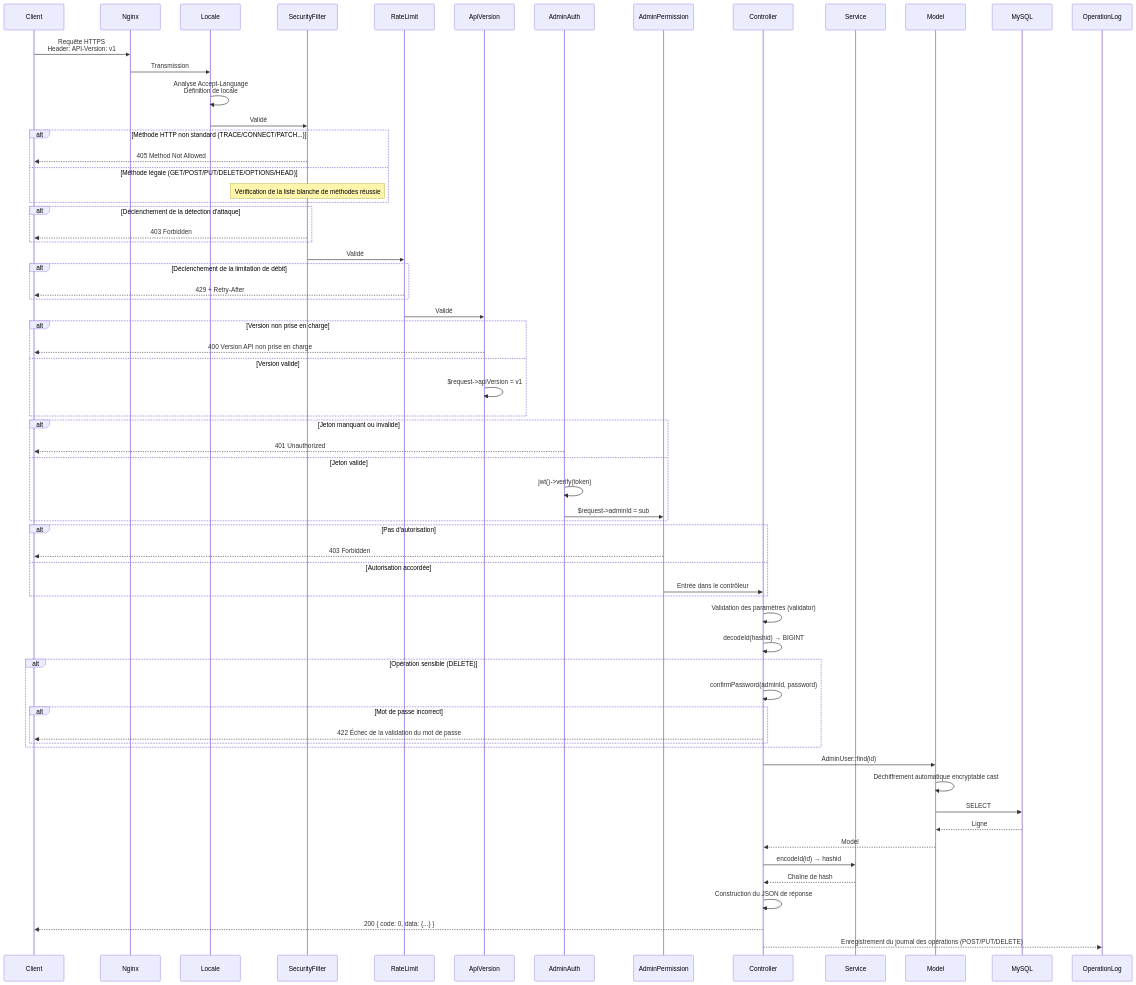
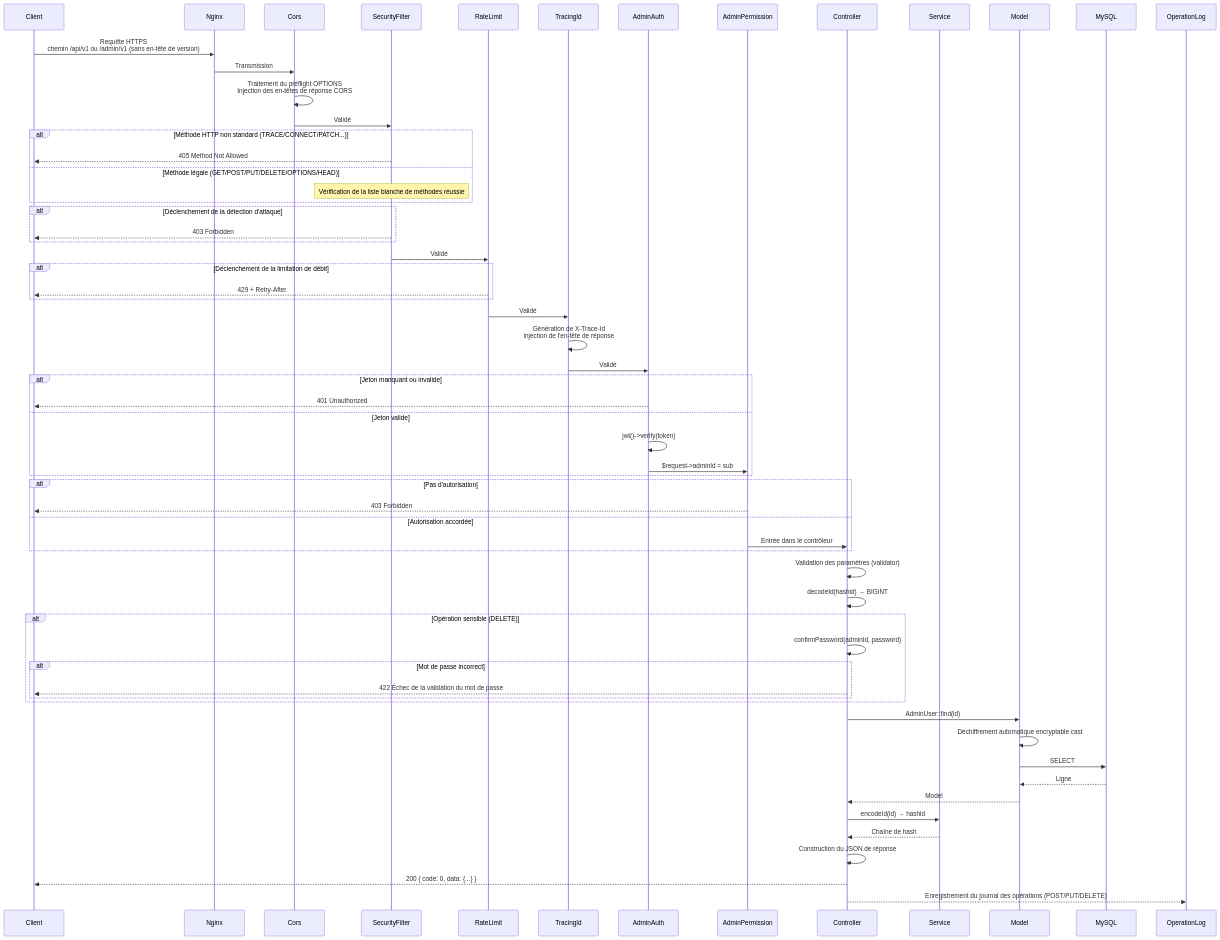
One commit to erikwang2013/erp-php changed the third of 20 diagrams in docs/i18n/fr/ARCHITECTURE.md. Above: the diagram before and after it, drawn with Mermaid. The commit also changed other lines of this file and 325 other files, not shown here.

````diff
--- a/docs/i18n/fr/ARCHITECTURE.md
+++ b/docs/i18n/fr/ARCHITECTURE.md
@@ -157,81 +174,77 @@
 ```mermaid
 sequenceDiagram
     participant C as Client
     participant N as Nginx
-    participant MW_LOC as Locale
+    participant MW_CR as Cors
     participant MW_SF as SecurityFilter
     participant MW_RL as RateLimit
-    participant MW0 as ApiVersion
+    participant MW_TID as TracingId
     participant MW1 as AdminAuth
     participant MW2 as AdminPermission
     participant CTL as Controller
     participant SVC as Service
     participant MDL as Model
     participant DB as MySQL
     participant OPLOG as OperationLog
 
-    C->>N: Requête HTTPS<br/>Header: API-Version: v1
-    N->>MW_LOC: Transmission
-    MW_LOC->>MW_LOC: Analyse Accept-Language<br/>Définition de locale
-    MW_LOC->>MW_SF: Validé
+    C->>N: Requête HTTPS<br/>chemin /api/v1 ou /admin/v1 (sans en-tête de version)
+    N->>MW_CR: Transmission
+    MW_CR->>MW_CR: Traitement du préflight OPTIONS<br/>Injection des en-têtes de réponse CORS
+    MW_CR->>MW_SF: Validé
 
     alt Méthode HTTP non standard (TRACE/CONNECT/PATCH...)
         MW_SF-->>C: 405 Method Not Allowed
     else Méthode légale (GET/POST/PUT/DELETE/OPTIONS/HEAD)
         Note over MW_SF: Vérification de la liste blanche de méthodes réussie
     end
 
     alt Déclenchement de la détection d'attaque
         MW_SF-->>C: 403 Forbidden
     end
 
     MW_SF->>MW_RL: Validé
 
     alt Déclenchement de la limitation de débit
         MW_RL-->>C: 429 + Retry-After
     end
 
-    MW_RL->>MW0: Validé
-
-    alt Version non prise en charge
-        MW0-->>C: 400 Version API non prise en charge
-    else Version valide
-        MW0->>MW0: $request->apiVersion = v1
-    end
+    MW_RL->>MW_TID: Validé
+    MW_TID->>MW_TID: Génération de X-Trace-Id<br/>injection de l'en-tête de réponse
+    MW_TID->>MW1: Validé
 
     alt Jeton manquant ou invalide
         MW1-->>C: 401 Unauthorized
     else Jeton valide
         MW1->>MW1: jwt()->verify(token)
         MW1->>MW2: $request->adminId = sub
     end
 
     alt Pas d'autorisation
         MW2-->>C: 403 Forbidden
     else Autorisation accordée
         MW2->>CTL: Entrée dans le contrôleur
     end
 
     CTL->>CTL: Validation des paramètres (validator)
     CTL->>CTL: decodeId(hashid) → BIGINT
 
     alt Opération sensible (DELETE)
         CTL->>CTL: confirmPassword(adminId, password)
         alt Mot de passe incorrect
             CTL-->>C: 422 Échec de la validation du mot de passe
         end
     end
 
     CTL->>MDL: AdminUser::find(id)
     MDL->>MDL: Déchiffrement automatique encryptable cast
     MDL->>DB: SELECT
     DB-->>MDL: Ligne
     MDL-->>CTL: Model
 
     CTL->>SVC: encodeId(id) → hashid
     SVC-->>CTL: Chaîne de hash
 
     CTL->>CTL: Construction du JSON de réponse
     CTL-->>C: 200 { code: 0, data: {...} }
     CTL-->>OPLOG: Enregistrement du journal des opérations (POST/PUT/DELETE)
 ```
````
